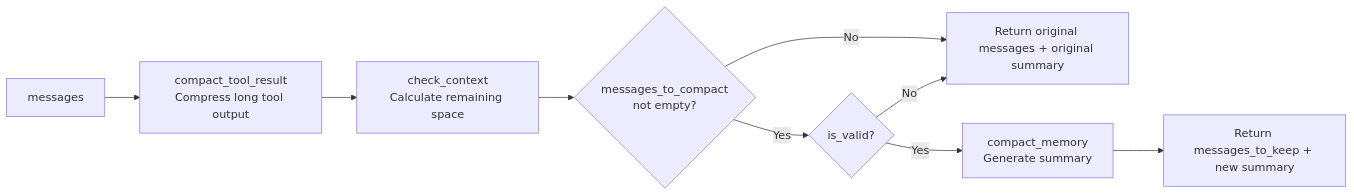
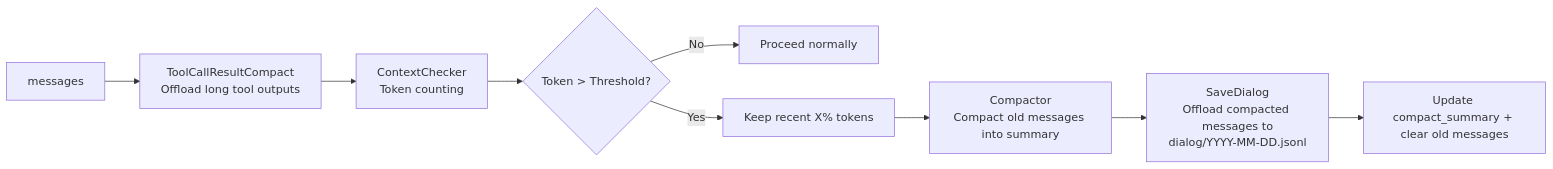
Before and after one commit to cofly-io/xClaw: the fifth of 9 diagrams in docs/context.en.md, drawn with Mermaid. The commit also changed other lines of this file and 226 other files, not shown here.

````diff
--- a/docs/context.en.md
+++ b/docs/context.en.md
@@ -85,11 +126,11 @@
 ```mermaid
-graph LR
-    M[messages] --> TC[compact_tool_result<br>Compress long tool output]
-    TC --> CC[check_context<br>Calculate remaining space]
-    CC --> D{messages_to_compact<br>not empty?}
-    D -->|No| K[Return original messages + original summary]
-    D -->|Yes| V{is_valid?}
-    V -->|No| K
-    V -->|Yes| CM[compact_memory<br>Generate summary]
-    CM --> R[Return messages_to_keep + new summary]
+flowchart LR
+    M[messages] --> TC[ToolCallResultCompact<br>Offload long tool outputs]
+    TC --> CC[ContextChecker<br>Token counting]
+    CC --> D{Token > Threshold?}
+    D -->|No| K[Proceed normally]
+    D -->|Yes| E[Keep recent X% tokens]
+    E --> CM[Compactor<br>Compact old messages into summary]
+    CM --> SD[SaveDialog<br>Offload compacted messages to<br>dialog/YYYY-MM-DD.jsonl]
+    SD --> R[Update compact_summary + clear old messages]
 ```
````
